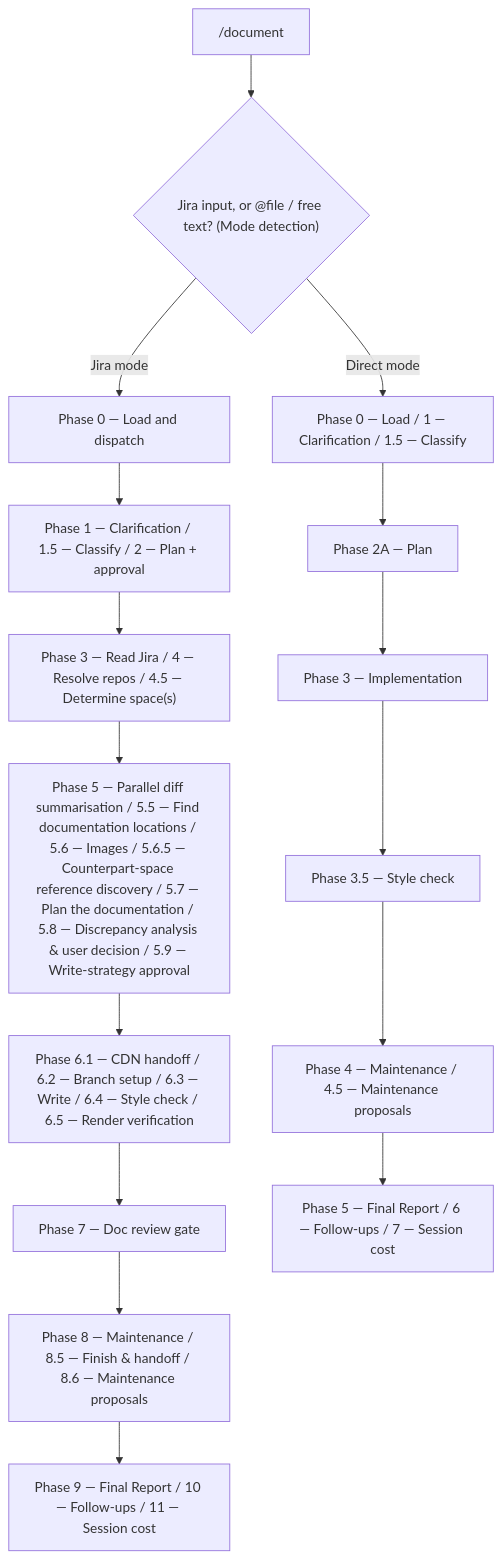
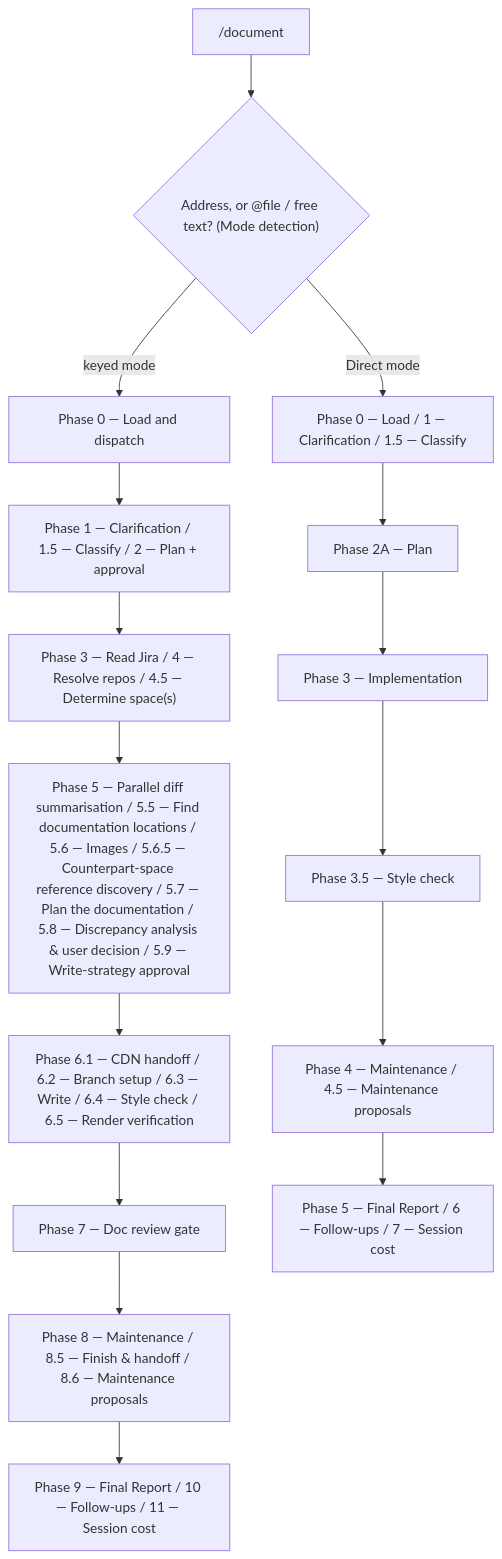
The diagram in plugins/dev-workflows/docs/commands/document.md (ihudak/ihudak-claude-plugins), drawn with Mermaid before and after one commit. The commit also changed other lines of this file and 57 other files, not shown here.

````diff
--- a/plugins/dev-workflows/docs/commands/document.md
+++ b/plugins/dev-workflows/docs/commands/document.md
@@ -29,18 +29,18 @@
 ```mermaid
 flowchart TD
-    IN["/document"] --> MD{"Jira input, or @file / free text? (Mode detection)"}
-    MD -- "Jira mode" --> A0["Phase 0 — Load and dispatch"]
+    IN["/document"] --> MD{"Address, or @file / free text? (Mode detection)"}
+    MD -- "keyed mode" --> A0["Phase 0 — Load and dispatch"]
     A0 --> A12["Phase 1 — Clarification / 1.5 — Classify / 2 — Plan + approval"]
     A12 --> A345["Phase 3 — Read Jira / 4 — Resolve repos / 4.5 — Determine space(s)"]
     A345 --> A59["Phase 5 — Parallel diff summarisation / 5.5 — Find documentation locations / 5.6 — Images / 5.6.5 — Counterpart-space reference discovery / 5.7 — Plan the documentation / 5.8 — Discrepancy analysis & user decision / 5.9 — Write-strategy approval"]
     A59 --> A665["Phase 6.1 — CDN handoff / 6.2 — Branch setup / 6.3 — Write / 6.4 — Style check / 6.5 — Render verification"]
     A665 --> A7["Phase 7 — Doc review gate"]
     A7 --> A886["Phase 8 — Maintenance / 8.5 — Finish & handoff / 8.6 — Maintenance proposals"]
     A886 --> A911["Phase 9 — Final Report / 10 — Follow-ups / 11 — Session cost"]
     MD -- "Direct mode" --> B01["Phase 0 — Load / 1 — Clarification / 1.5 — Classify"]
     B01 --> B2["Phase 2A — Plan"]
     B2 --> B3["Phase 3 — Implementation"]
     B3 --> B35["Phase 3.5 — Style check"]
     B35 --> B445["Phase 4 — Maintenance / 4.5 — Maintenance proposals"]
     B445 --> B57["Phase 5 — Final Report / 6 — Follow-ups / 7 — Session cost"]
 ```
````
